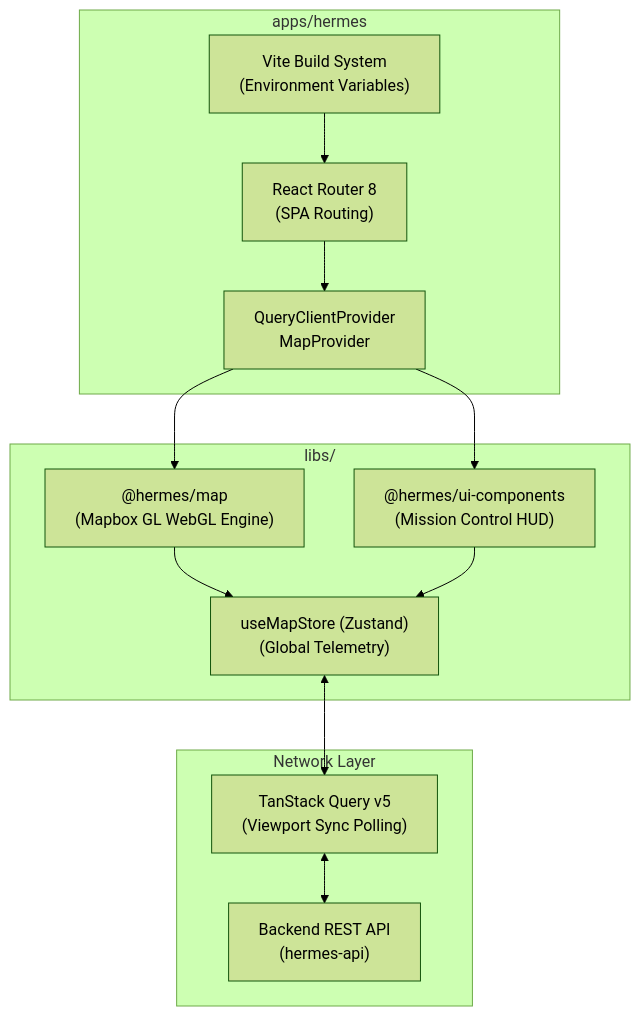
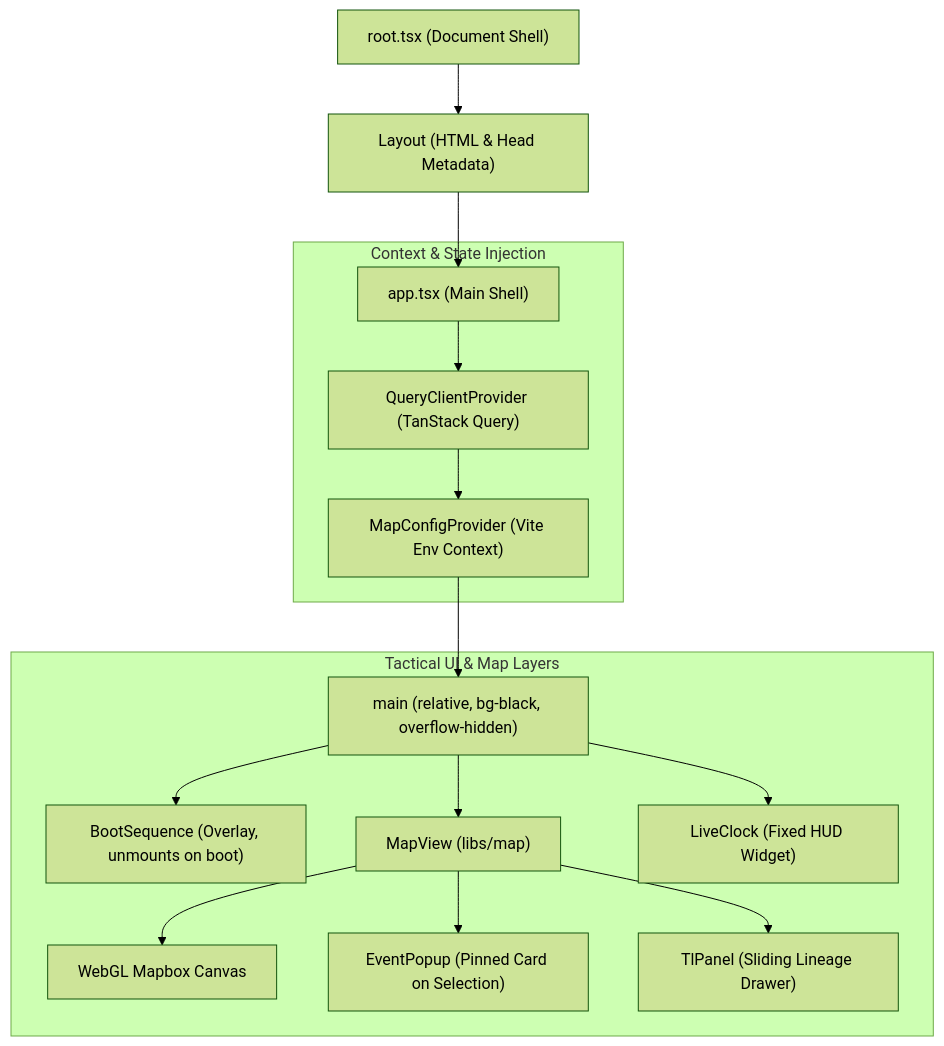
Before and after one commit to paavann/hermes: the second of 3 diagrams in apps/hermes/README.md, drawn with Mermaid (forest theme). The commit also changed other lines of this file and 18 other files, not shown here.

````diff
--- a/apps/hermes/README.md
+++ b/apps/hermes/README.md
@@ -18,36 +121,21 @@
 ```mermaid
-flowchart TD
-    subgraph App Shell ["apps/hermes"]
-        Vite["Vite Build System
-(Environment Variables)"]
-        Router["React Router 8
-(SPA Routing)"]
-        Providers["QueryClientProvider
-MapProvider"]
+graph TD
+    Root["root.tsx (Document Shell)"] --> Layout["Layout (HTML & Head Metadata)"]
+    Layout --> AppShell["app.tsx (Main Shell)"]
+    
+    subgraph Providers ["Context & State Injection"]
+        AppShell --> QCProvider["QueryClientProvider (TanStack Query)"]
+        QCProvider --> MCProvider["MapConfigProvider (Vite Env Context)"]
     end
 
-    subgraph Core Libraries ["libs/"]
-        MapLib["@hermes/map
-(Mapbox GL WebGL Engine)"]
-        HUDLib["@hermes/ui-components
-(Mission Control HUD)"]
-        StoreLib["useMapStore (Zustand)
-(Global Telemetry)"]
+    subgraph VisualTree ["Tactical UI & Map Layers"]
+        MCProvider --> MainContainer["main (relative, bg-black, overflow-hidden)"]
+        MainContainer --> Boot["BootSequence (Overlay, unmounts on boot)"]
+        MainContainer --> MapView["MapView (libs/map)"]
+        MainContainer --> LiveClock["LiveClock (Fixed HUD Widget)"]
+        
+        MapView --> WebGLCanvas["WebGL Mapbox Canvas"]
+        MapView --> EventPopup["EventPopup (Pinned Card on Selection)"]
+        MapView --> TlPanel["TlPanel (Sliding Lineage Drawer)"]
     end
-
-    subgraph Network Layer
-        TanStack["TanStack Query v5
-(Viewport Sync Polling)"]
-        REST["Backend REST API
-(hermes-api)"]
-    end
-
-    Vite --> Router
-    Router --> Providers
-    Providers --> MapLib
-    Providers --> HUDLib
-    MapLib --> StoreLib
-    HUDLib --> StoreLib
-    StoreLib <--> TanStack
-    TanStack <--> REST
 ```
````
